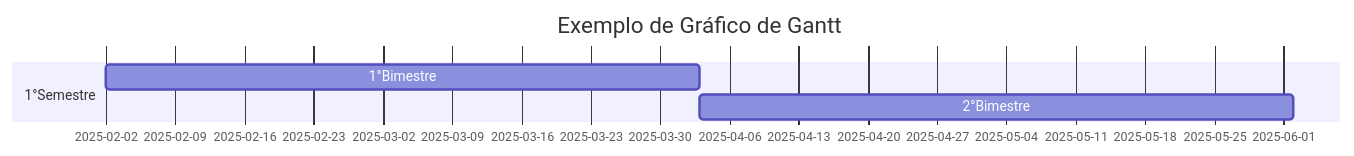
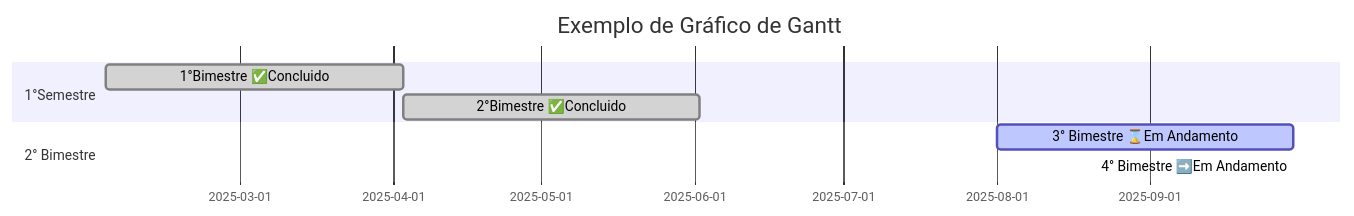
Before and after one commit to Joao1paulo/grafico_g: the third of 3 diagrams in README.md, drawn with Mermaid. The commit also changed other lines of this file, not shown here.

````diff
--- a/README.md
+++ b/README.md
@@ -18,11 +18,12 @@
 ```mermaid
 gantt
 title Exemplo de Gráfico de Gantt
 dateFormat YYYY-MM-DD
 section 1°Semestre
-1°Bimestre : a1, 2025-02-02, 60d
-2°Bimestre : a2, after a1, 60d
+1°Bimestre ✅Concluido: done, a1, 2025-02-02, 60d
+2°Bimestre ✅Concluido: done, a2, after a1, 60d
 
 section 2° Bimestre
-
+3° Bimestre ⌛Em Andamento: active, a3, 2025-08-01, 60d
+4° Bimestre ➡️Em Andamento: crit, a4, after a3, 60 d
 ```
````
